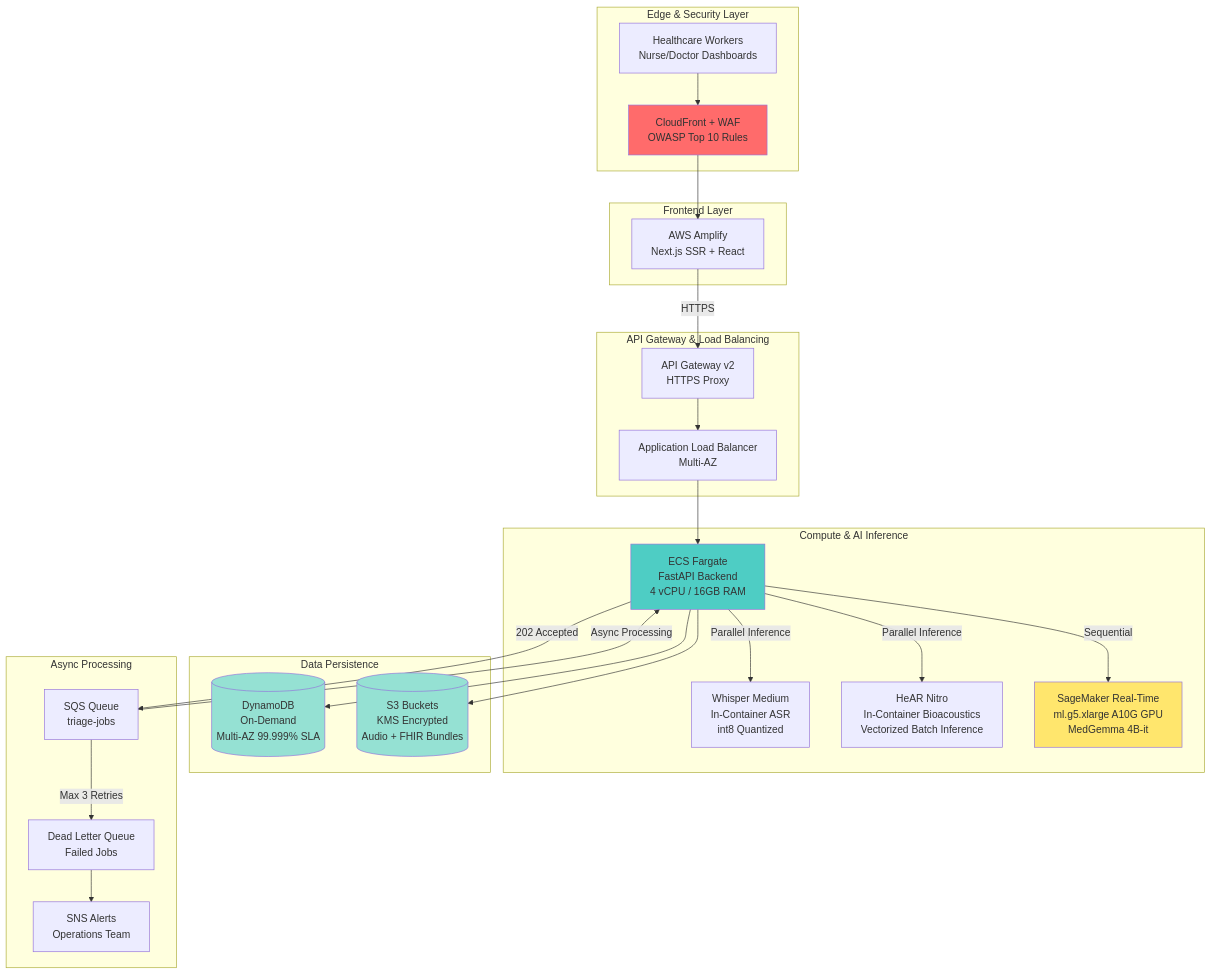
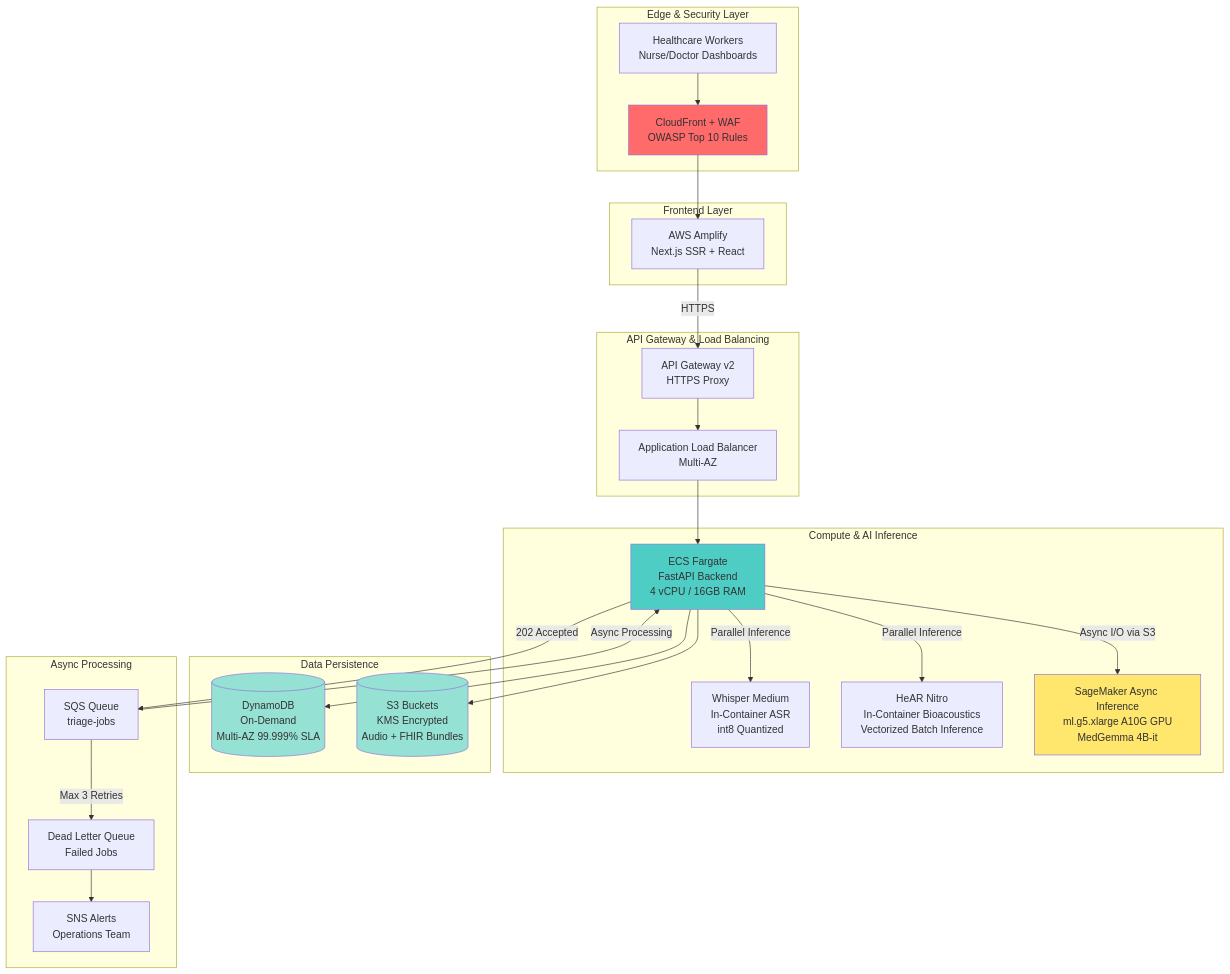
One commit to SowmyaLR/AIForBharath changed the first of 3 diagrams in README.md. Above: the diagram before and after it, drawn with Mermaid. The commit also changed other lines of this file and 11 other files, not shown here.

````diff
--- a/README.md
+++ b/README.md
@@ -45,55 +45,55 @@
 ```mermaid
 graph TD
     subgraph "Edge & Security Layer"
         CF[CloudFront + WAF<br/>OWASP Top 10 Rules]
         Users[Healthcare Workers<br/>Nurse/Doctor Dashboards]
     end
 
     subgraph "Frontend Layer"
         AMP[AWS Amplify<br/>Next.js SSR + React]
     end
 
     subgraph "API Gateway & Load Balancing"
         GW[API Gateway v2<br/>HTTPS Proxy]
         ALB[Application Load Balancer<br/>Multi-AZ]
     end
 
     subgraph "Compute & AI Inference"
         ECS[ECS Fargate<br/>FastAPI Backend<br/>4 vCPU / 16GB RAM]
         W[Whisper Medium<br/>In-Container ASR<br/>int8 Quantized]
         H[HeAR Nitro<br/>In-Container Bioacoustics<br/>Vectorized Batch Inference]
-        SM[SageMaker Real-Time<br/>ml.g5.xlarge A10G GPU<br/>MedGemma 4B-it]
+        SM[SageMaker Async Inference<br/>ml.g5.xlarge A10G GPU<br/>MedGemma 4B-it]
     end
 
     subgraph "Data Persistence"
         DDB[(DynamoDB<br/>On-Demand<br/>Multi-AZ 99.999% SLA)]
         S3[(S3 Buckets<br/>KMS Encrypted<br/>Audio + FHIR Bundles)]
     end
 
     subgraph "Async Processing"
         SQS[SQS Queue<br/>triage-jobs]
         DLQ[Dead Letter Queue<br/>Failed Jobs]
         SNS[SNS Alerts<br/>Operations Team]
     end
 
     Users --> CF
     CF --> AMP
     AMP -->|HTTPS| GW
     GW --> ALB
     ALB --> ECS
     ECS -->|Parallel Inference| W
     ECS -->|Parallel Inference| H
-    ECS -->|Sequential| SM
+    ECS -->|Async I/O via S3| SM
     ECS -->|202 Accepted| SQS
     ECS --> DDB
     ECS --> S3
     SQS -->|Async Processing| ECS
     SQS -->|Max 3 Retries| DLQ
     DLQ --> SNS
 
     style CF fill:#ff6b6b
     style ECS fill:#4ecdc4
     style SM fill:#ffe66d
     style DDB fill:#95e1d3
     style S3 fill:#95e1d3
 ```
````
